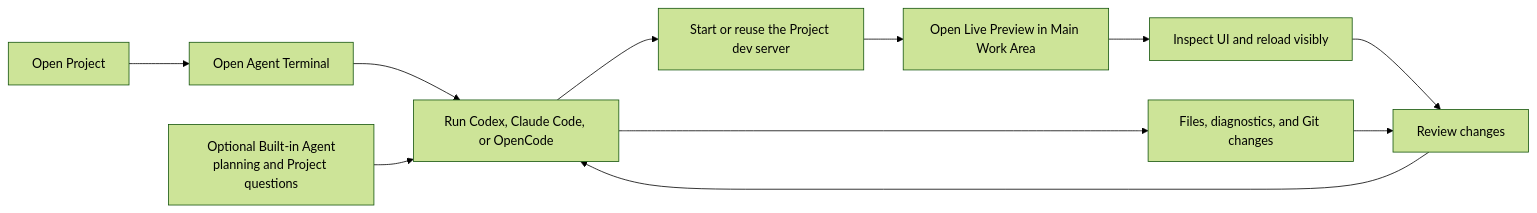
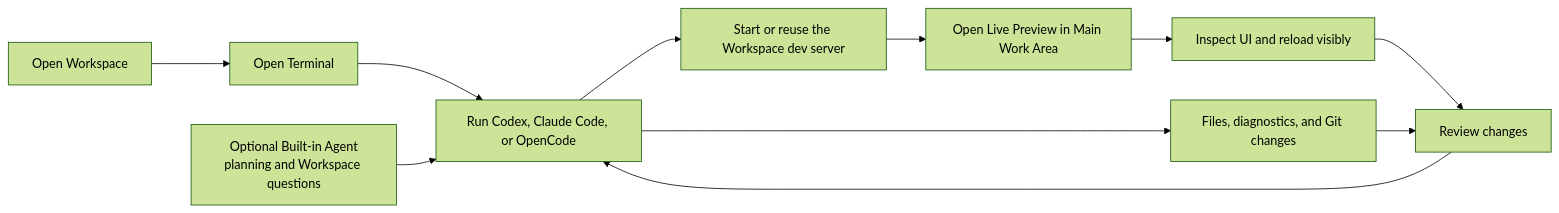
One commit to Oreoro/dez changed the diagram in docs/src/development/dez/live-preview-and-agent-model.md. Above: the diagram before and after it, drawn with Mermaid (forest theme). The commit also changed other lines of this file and 27 other files, not shown here.

Commit message:
Refine Workspace navigation and terminal transport

````diff
--- a/docs/src/development/dez/live-preview-and-agent-model.md
+++ b/docs/src/development/dez/live-preview-and-agent-model.md
@@ -34,13 +34,13 @@
 ```mermaid
 flowchart LR
-    OPEN["Open Project"] --> RUN["Open Agent Terminal"]
+    OPEN["Open Workspace"] --> RUN["Open Terminal"]
     RUN --> CLI["Run Codex, Claude Code, or OpenCode"]
-    CLI --> SERVER["Start or reuse the Project dev server"]
+    CLI --> SERVER["Start or reuse the Workspace dev server"]
     SERVER --> PREVIEW["Open Live Preview in Main Work Area"]
     PREVIEW --> INSPECT["Inspect UI and reload visibly"]
     CLI --> CHANGES["Files, diagnostics, and Git changes"]
     INSPECT --> REVIEW["Review changes"]
     CHANGES --> REVIEW
     REVIEW --> CLI
-    PLAN["Optional Built-in Agent<br/>planning and Project questions"] --> CLI
+    PLAN["Optional Built-in Agent<br/>planning and Workspace questions"] --> CLI
 ```
````
